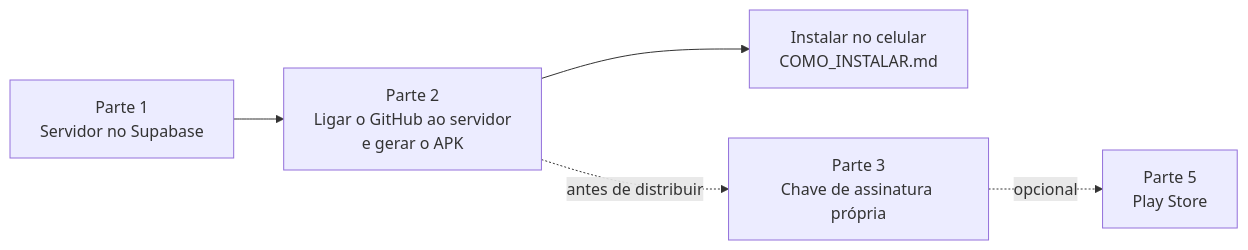
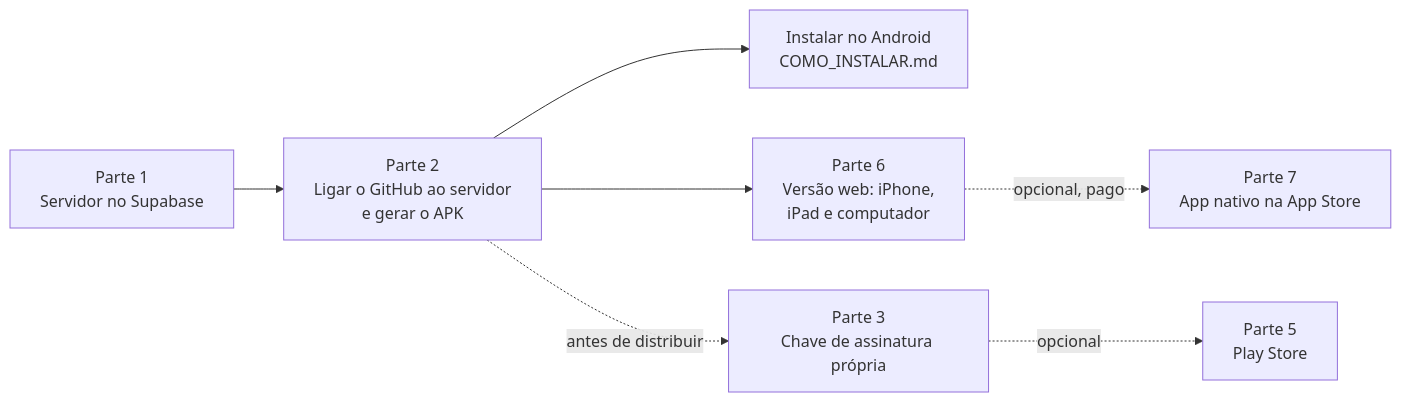
One commit to GustavoOliveira-xxx/app-teste-agenda changed the diagram in GUIA_DE_DEPLOY.md. Above: the diagram before and after it, drawn with Mermaid. The commit also changed other lines of this file and 17 other files, not shown here.

First line of the commit message:
docs: iPhone, versão web e layout responsivo; versão 1.1.0

````diff
--- a/GUIA_DE_DEPLOY.md
+++ b/GUIA_DE_DEPLOY.md
@@ -5,7 +5,9 @@
 ```mermaid
 flowchart LR
   P1[Parte 1<br/>Servidor no Supabase] --> P2[Parte 2<br/>Ligar o GitHub ao servidor<br/>e gerar o APK]
-  P2 --> I[Instalar no celular<br/>COMO_INSTALAR.md]
+  P2 --> I[Instalar no Android<br/>COMO_INSTALAR.md]
+  P2 --> P6[Parte 6<br/>Versão web: iPhone,<br/>iPad e computador]
   P2 -. antes de distribuir .-> P3[Parte 3<br/>Chave de assinatura própria]
   P3 -. opcional .-> P5[Parte 5<br/>Play Store]
+  P6 -. opcional, pago .-> P7[Parte 7<br/>App nativo na App Store]
 ```
````
